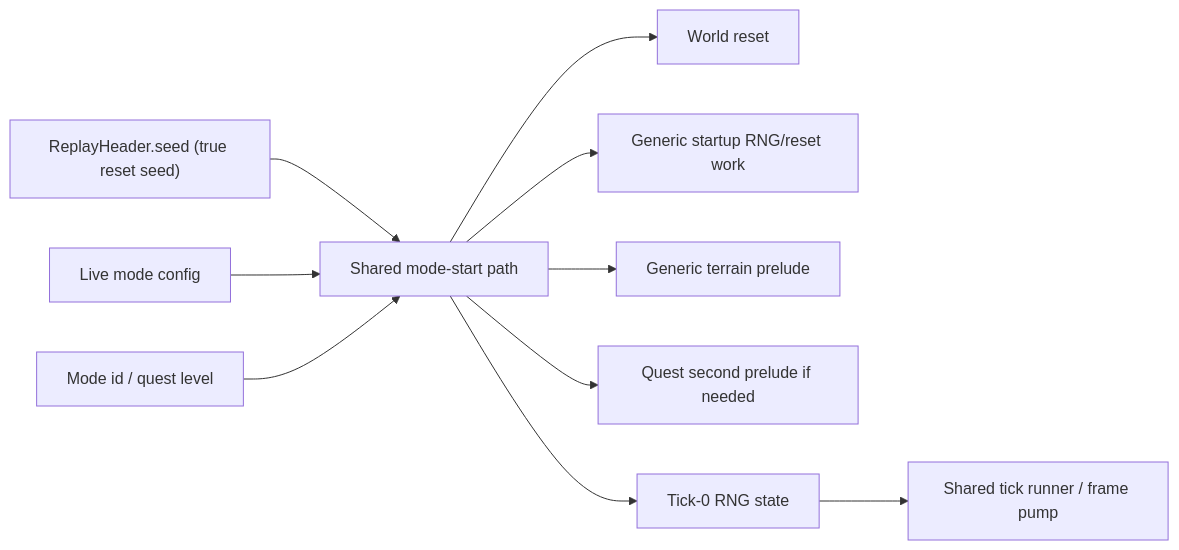
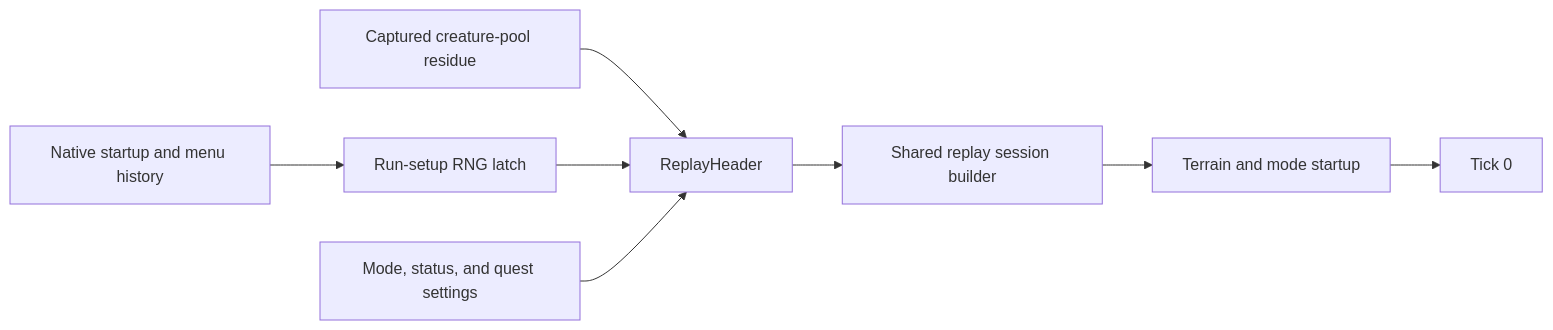
The second of 2 diagrams in docs/rewrite/replay-run-start.md (banteg/crimson), drawn with Mermaid before and after one commit. The commit also changed other lines of this file and 98 other files, not shown here.

````diff
--- a/docs/rewrite/replay-run-start.md
+++ b/docs/rewrite/replay-run-start.md
@@ -274,14 +73,10 @@
 ```mermaid
 flowchart LR
-    A["ReplayHeader.seed (true reset seed)"] --> B["Shared mode-start path"]
-    C["Live mode config"] --> B
-    D["Mode id / quest level"] --> B
-
-    B --> E["World reset"]
-    B --> F["Generic startup RNG/reset work"]
-    B --> G["Generic terrain prelude"]
-    B --> H["Quest second prelude if needed"]
-    B --> I["Tick-0 RNG state"]
-
-    I --> J["Shared tick runner / frame pump"]
+    A["Native startup and menu history"] --> B["Run-setup RNG latch"]
+    C["Captured creature-pool residue"] --> D["ReplayHeader"]
+    B --> D
+    E["Mode, status, and quest settings"] --> D
+    D --> F["Shared replay session builder"]
+    F --> G["Terrain and mode startup"]
+    G --> H["Tick 0"]
 ```
````
